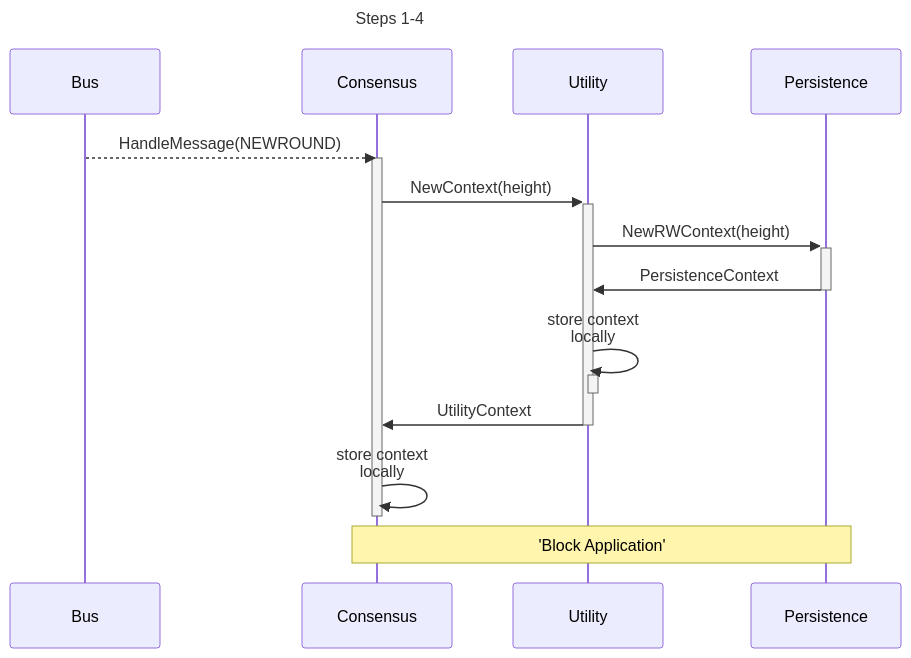
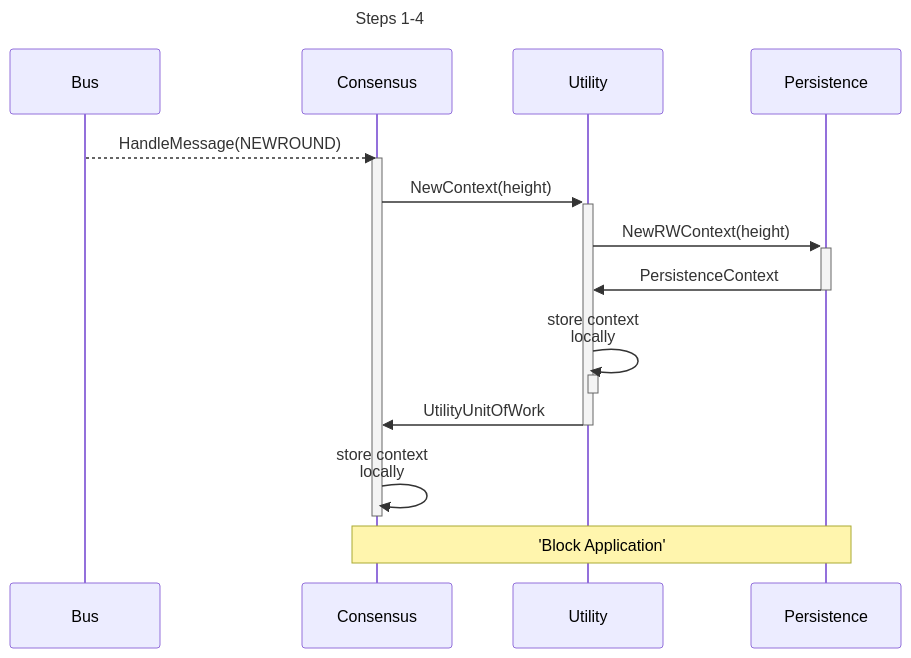
The first of 5 diagrams in shared/docs/PROTOCOL_STATE_HASH.md (pokt-network/pocket), drawn with Mermaid before and after one commit. The commit also changed other lines of this file, not shown here.

Commit message:
docs(shared): updated utilityContext references

````diff
--- a/shared/docs/PROTOCOL_STATE_HASH.md
+++ b/shared/docs/PROTOCOL_STATE_HASH.md
@@ -23,28 +23,28 @@
 ```mermaid
 sequenceDiagram
     title Steps 1-4
     participant B as Bus
     participant C as Consensus
     participant U as Utility
     participant P as Persistence
 
     %% Handle New Message
     B-->>C: HandleMessage(NEWROUND)
 
     %% NEWROUND
 
     activate C
     %% Create Contexts
     C->>+U: NewContext(height)
     U->>+P: NewRWContext(height)
     P->>-U: PersistenceContext
     U->>U: store context<br>locally
     activate U
     deactivate U
-    U->>-C: UtilityContext
+    U->>-C: UtilityUnitOfWork
     C->>C: store context<br>locally
     deactivate C
 
     %% Apply Block
     Note over C, P: 'Block Application'
 ```
````
